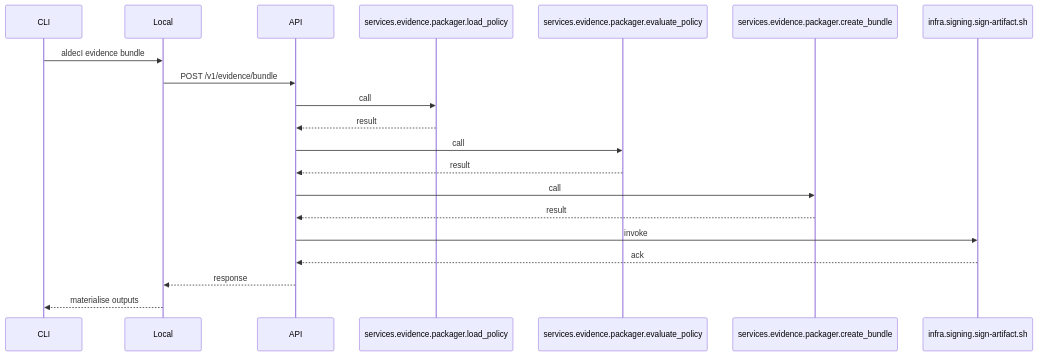
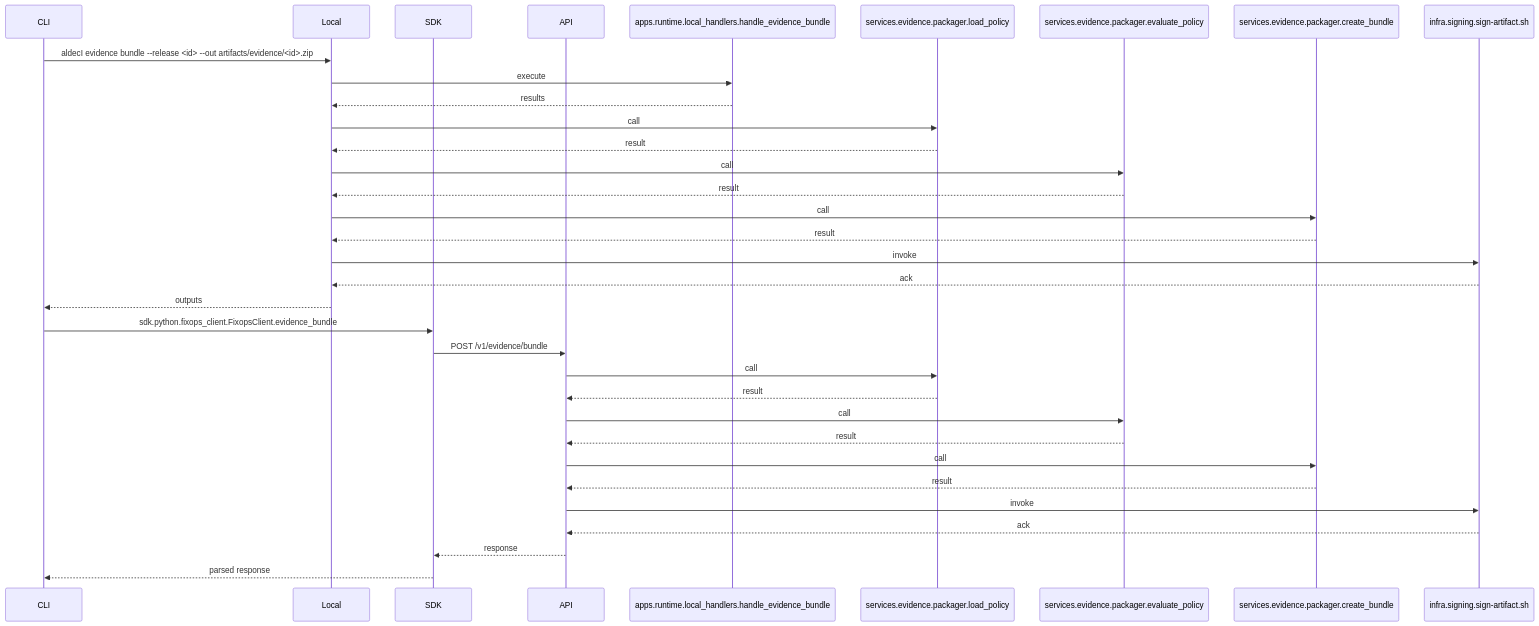
The diagram in docs/diagrams/seq_evidence_bundle.mmd (DevOpsMadDog/Aldeci), drawn with Mermaid before and after one commit. The commit also changed 52 other files, not shown here.

```diff
--- a/docs/diagrams/seq_evidence_bundle.mmd
+++ b/docs/diagrams/seq_evidence_bundle.mmd
@@ -1,20 +1,34 @@
 sequenceDiagram
     participant CLI
     participant Local
+    participant SDK
     participant API
-    CLI->>Local: aldecI evidence bundle
-    Local->>API: POST /v1/evidence/bundle
-    participant S709067 as services.evidence.packager.load_policy
-    API->>S709067: call
-    S709067-->>API: result
-    participant S704000 as services.evidence.packager.evaluate_policy
-    API->>S704000: call
-    S704000-->>API: result
-    participant S840662 as services.evidence.packager.create_bundle
-    API->>S840662: call
-    S840662-->>API: result
-    participant I454933 as infra.signing.sign-artifact.sh
-    API->>I454933: invoke
-    I454933-->>API: ack
-    API-->>Local: response
-    Local-->>CLI: materialise outputs
+    participant L894070 as apps.runtime.local_handlers.handle_evidence_bundle
+    participant S340232 as services.evidence.packager.load_policy
+    participant S716599 as services.evidence.packager.evaluate_policy
+    participant S701964 as services.evidence.packager.create_bundle
+    participant I63347 as infra.signing.sign-artifact.sh
+    CLI->>Local: aldecI evidence bundle --release <id> --out artifacts/evidence/<id>.zip
+    Local->>L894070: execute
+    L894070-->>Local: results
+    Local->>S340232: call
+    S340232-->>Local: result
+    Local->>S716599: call
+    S716599-->>Local: result
+    Local->>S701964: call
+    S701964-->>Local: result
+    Local->>I63347: invoke
+    I63347-->>Local: ack
+    Local-->>CLI: outputs
+    CLI->>SDK: sdk.python.fixops_client.FixopsClient.evidence_bundle
+    SDK->>API: POST /v1/evidence/bundle
+    API->>S340232: call
+    S340232-->>API: result
+    API->>S716599: call
+    S716599-->>API: result
+    API->>S701964: call
+    S701964-->>API: result
+    API->>I63347: invoke
+    I63347-->>API: ack
+    API-->>SDK: response
+    SDK-->>CLI: parsed response
```
